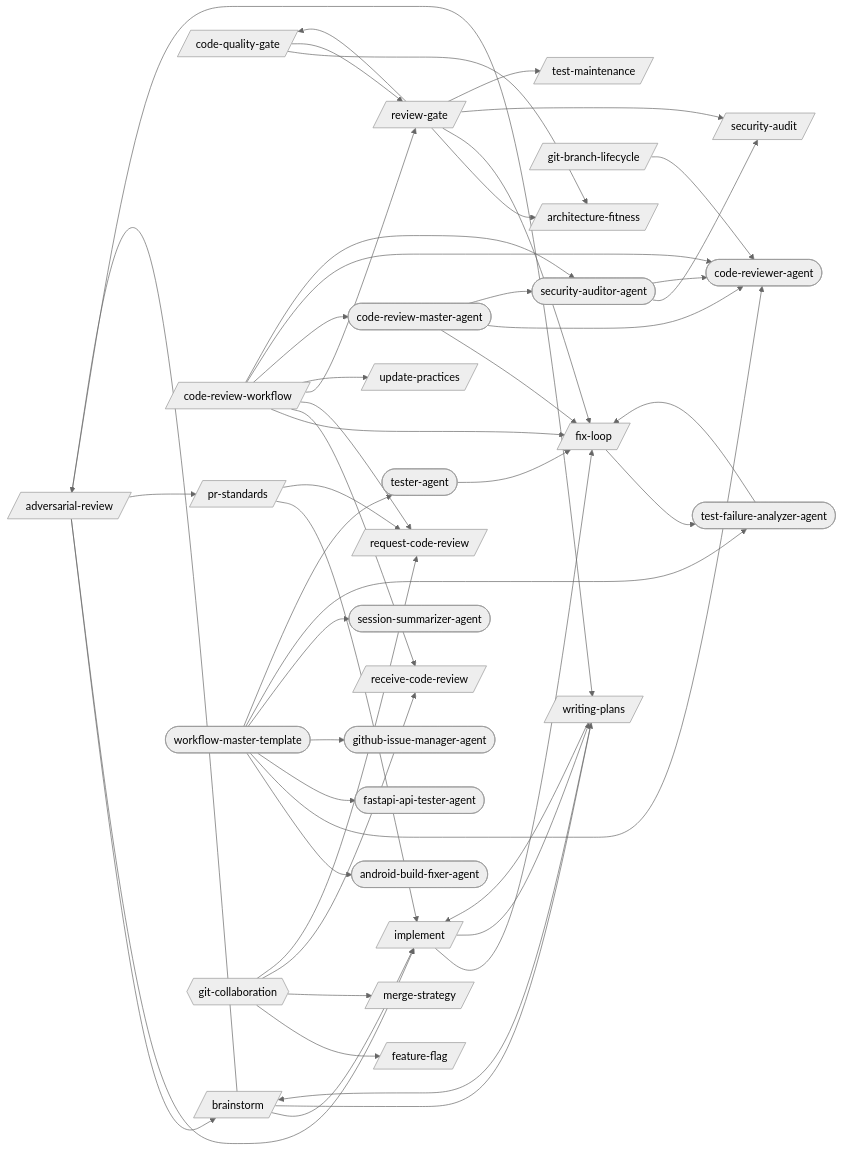
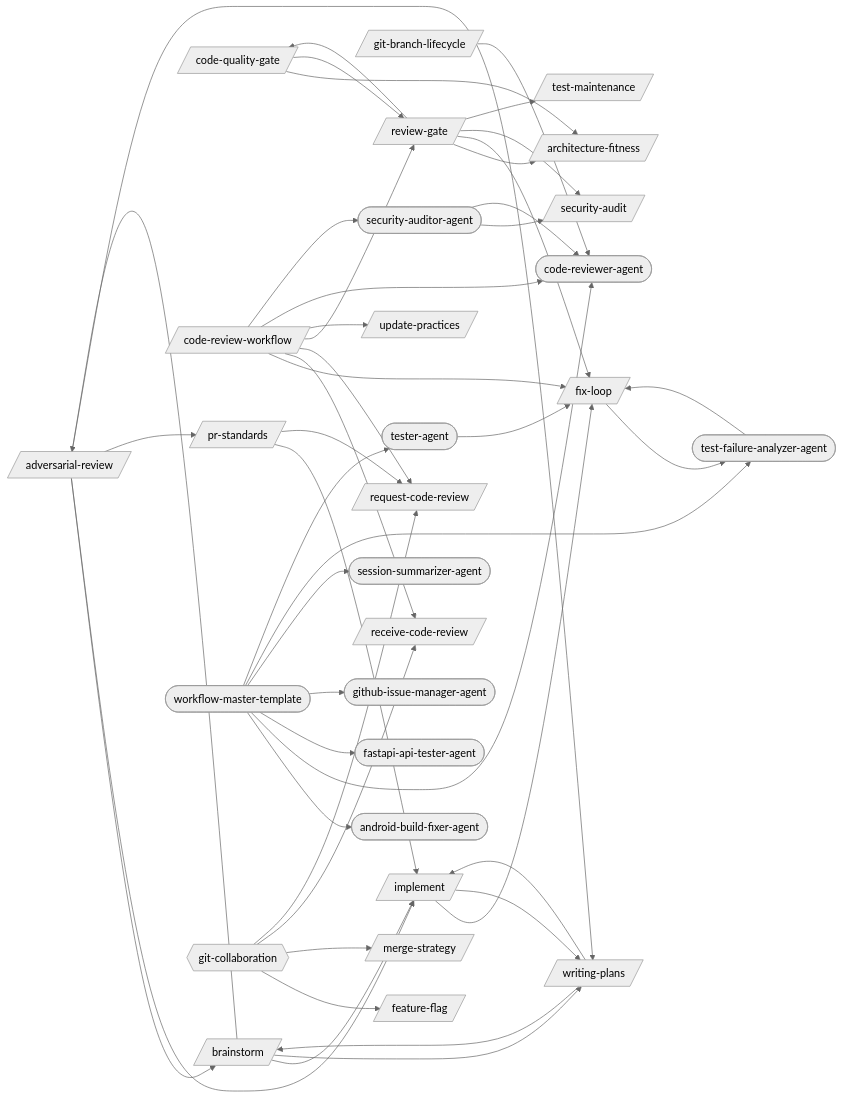
Before and after one commit to abhayla/claude-best-practices: the first of 22 diagrams in docs/workflows/code-review.md, drawn with Mermaid (neutral theme). The commit also changed other lines of this file and 29 other files, not shown here.

````diff
--- a/docs/workflows/code-review.md
+++ b/docs/workflows/code-review.md
@@ -9,80 +9,75 @@
 ```mermaid
 graph LR
     adversarial_review[/adversarial-review/]
     architecture_fitness[/architecture-fitness/]
     brainstorm[/brainstorm/]
     code_quality_gate[/code-quality-gate/]
     code_review_workflow[/code-review-workflow/]
     feature_flag[/feature-flag/]
     fix_loop[/fix-loop/]
     git_branch_lifecycle[/git-branch-lifecycle/]
     implement[/implement/]
     merge_strategy[/merge-strategy/]
     pr_standards[/pr-standards/]
     receive_code_review[/receive-code-review/]
     request_code_review[/request-code-review/]
     review_gate[/review-gate/]
     security_audit[/security-audit/]
     test_maintenance[/test-maintenance/]
     update_practices[/update-practices/]
     writing_plans[/writing-plans/]
     android_build_fixer_agent([android-build-fixer-agent])
-    code_review_master_agent([code-review-master-agent])
     code_reviewer_agent([code-reviewer-agent])
     fastapi_api_tester_agent([fastapi-api-tester-agent])
     github_issue_manager_agent([github-issue-manager-agent])
     security_auditor_agent([security-auditor-agent])
     session_summarizer_agent([session-summarizer-agent])
     test_failure_analyzer_agent([test-failure-analyzer-agent])
     tester_agent([tester-agent])
     workflow_master_template([workflow-master-template])
     git_collaboration{{git-collaboration}}
     adversarial_review --> brainstorm
     adversarial_review --> implement
     adversarial_review --> pr_standards
     adversarial_review --> writing_plans
     brainstorm --> adversarial_review
     brainstorm --> implement
     brainstorm --> writing_plans
     code_quality_gate --> architecture_fitness
     code_quality_gate --> review_gate
     code_review_workflow --> fix_loop
     code_review_workflow --> receive_code_review
     code_review_workflow --> request_code_review
     code_review_workflow --> review_gate
     code_review_workflow --> update_practices
-    code_review_workflow --> code_review_master_agent
     code_review_workflow --> code_reviewer_agent
     code_review_workflow --> security_auditor_agent
     fix_loop --> test_failure_analyzer_agent
     git_branch_lifecycle --> code_reviewer_agent
     implement --> fix_loop
     implement --> writing_plans
     pr_standards --> implement
     pr_standards --> request_code_review
     review_gate --> architecture_fitness
     review_gate --> code_quality_gate
     review_gate --> fix_loop
     review_gate --> security_audit
     review_gate --> test_maintenance
     writing_plans --> brainstorm
     writing_plans --> implement
-    code_review_master_agent --> fix_loop
-    code_review_master_agent --> code_reviewer_agent
-    code_review_master_agent --> security_auditor_agent
     security_auditor_agent --> security_audit
     security_auditor_agent --> code_reviewer_agent
     test_failure_analyzer_agent --> fix_loop
     tester_agent --> fix_loop
     workflow_master_template --> android_build_fixer_agent
     workflow_master_template --> code_reviewer_agent
     workflow_master_template --> fastapi_api_tester_agent
     workflow_master_template --> github_issue_manager_agent
     workflow_master_template --> session_summarizer_agent
     workflow_master_template --> test_failure_analyzer_agent
     workflow_master_template --> tester_agent
     git_collaboration --> feature_flag
     git_collaboration --> merge_strategy
     git_collaboration --> receive_code_review
     git_collaboration --> request_code_review
 ```
````
